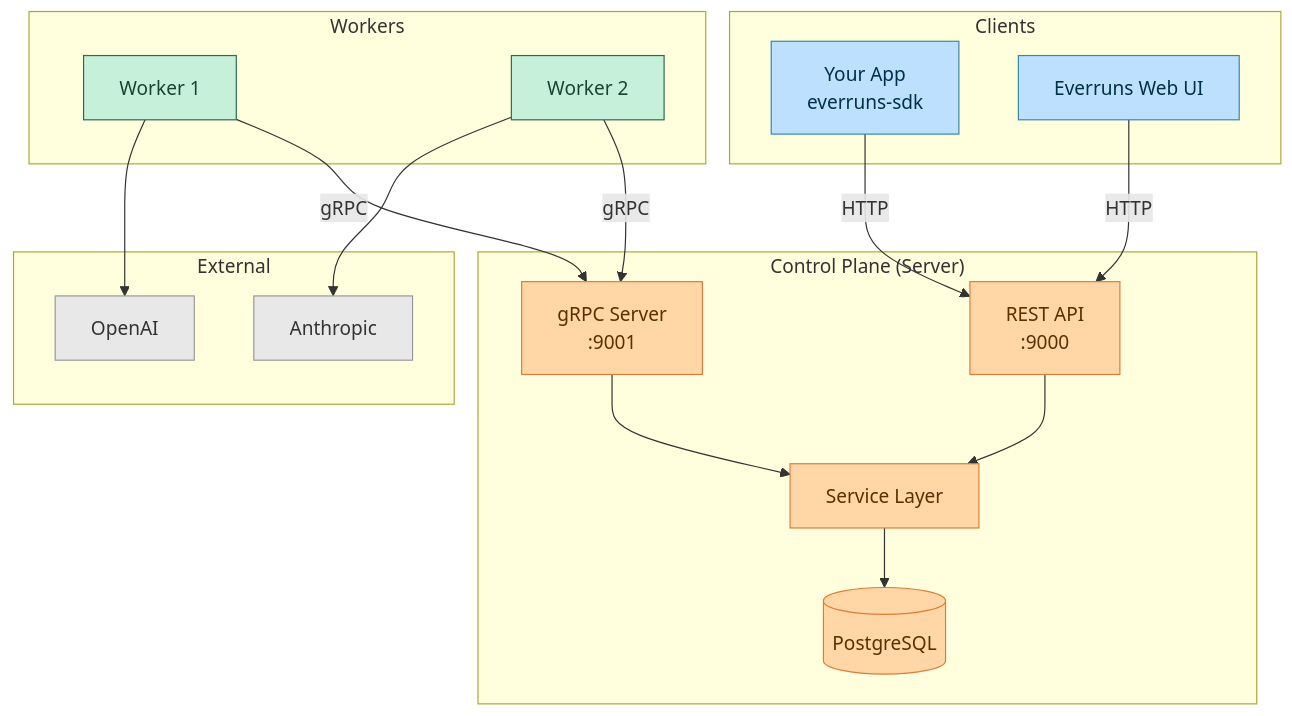
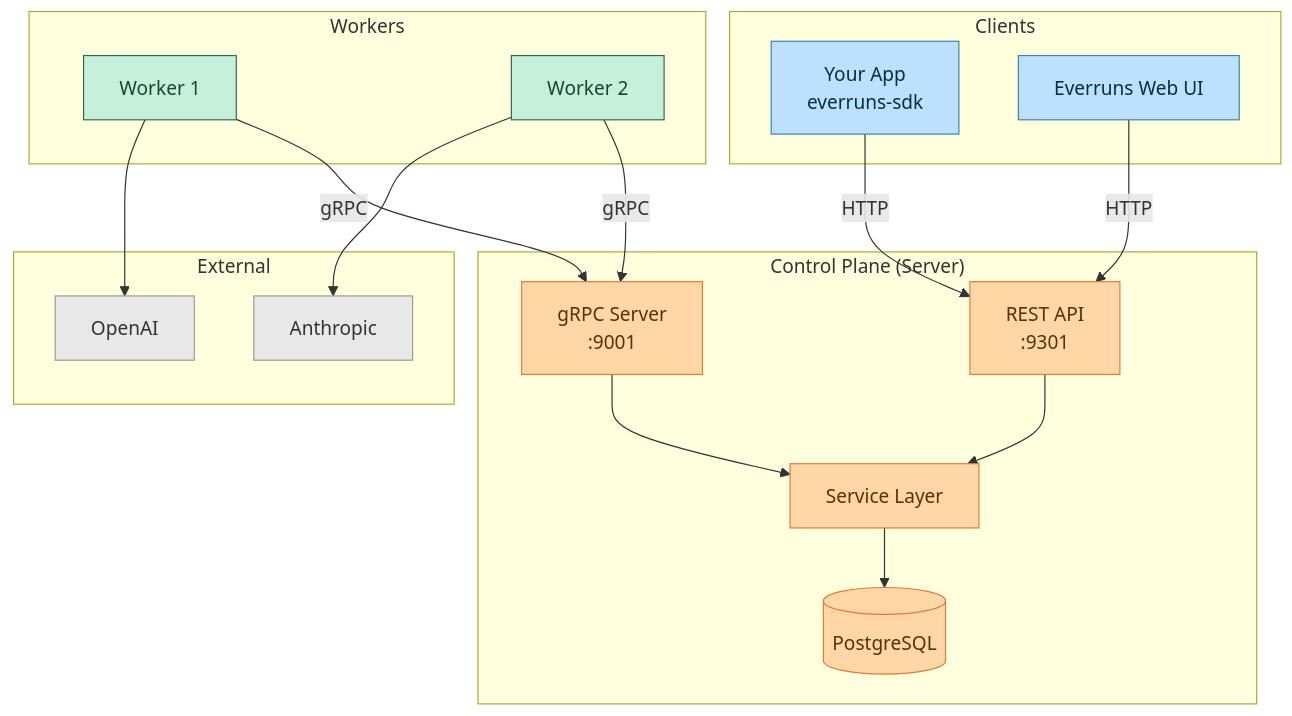
Before and after one commit to everruns/everruns: the fourth of 4 diagrams in docs/tutorials/building-agents-using-sdk/index.md, drawn with Mermaid. The commit also changed other lines of this file and 27 other files, not shown here.

````diff
--- a/docs/tutorials/building-agents-using-sdk/index.md
+++ b/docs/tutorials/building-agents-using-sdk/index.md
@@ -572,45 +572,45 @@
 ```mermaid
 graph TB
     subgraph Clients
         App[Your App<br/>everruns-sdk]
         UI[Everruns Web UI]
     end
 
     subgraph Control["Control Plane (Server)"]
-        REST["REST API<br/>:9000"]
+        REST["REST API<br/>:9301"]
         GRPC["gRPC Server<br/>:9001"]
         Services[Service Layer]
         DB[(PostgreSQL)]
     end
 
     subgraph Workers
         W1[Worker 1]
         W2[Worker 2]
     end
 
     subgraph External
         OpenAI[OpenAI]
         Anthropic[Anthropic]
     end
 
     App -->|HTTP| REST
     UI -->|HTTP| REST
     REST --> Services
     Services --> DB
     GRPC --> Services
 
     W1 -->|gRPC| GRPC
     W2 -->|gRPC| GRPC
     W1 --> OpenAI
     W2 --> Anthropic
 
     classDef client fill:#bde0fe,stroke:#3a86a8,color:#023047
     classDef control fill:#ffd6a5,stroke:#e07b39,color:#5a3000
     classDef worker fill:#c7f0db,stroke:#2d6a4f,color:#1b4332
     classDef ext fill:#e8e8e8,stroke:#999,color:#333
 
     class App,UI client
     class REST,GRPC,Services,DB control
     class W1,W2 worker
     class OpenAI,Anthropic ext
 ```
````
